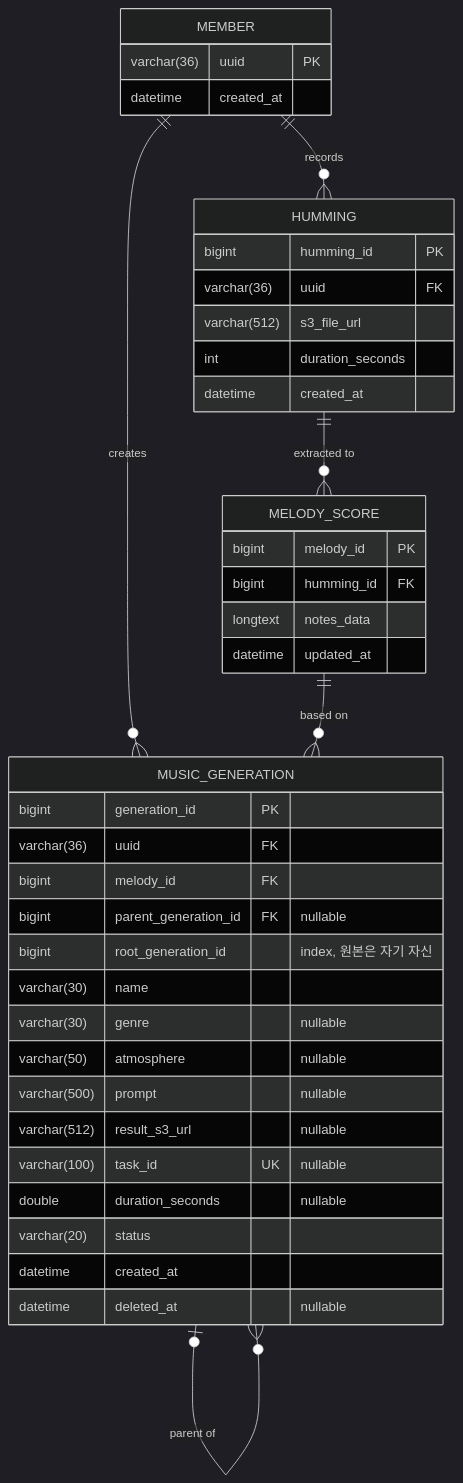
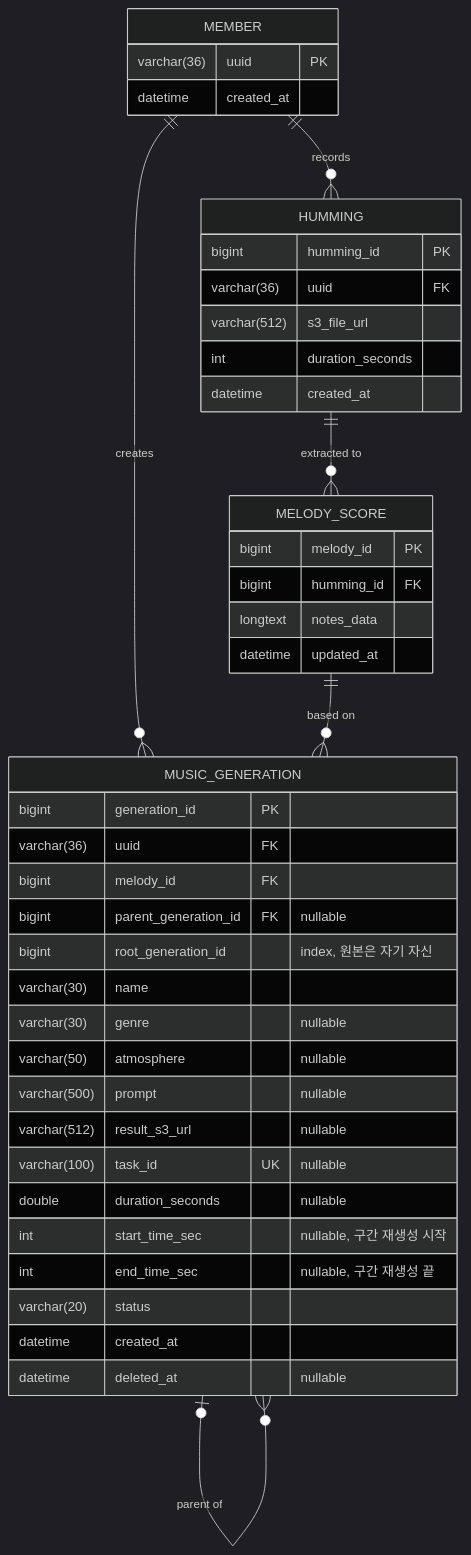
Before and after one commit to Humix-Project/humix-backend: the diagram in infra/db/ERD.md, drawn with Mermaid (dark theme). The commit also changed other lines of this file and 10 other files, not shown here.

````diff
--- a/infra/db/ERD.md
+++ b/infra/db/ERD.md
@@ -6,46 +6,48 @@
 ```mermaid
 erDiagram
     MEMBER ||--o{ HUMMING : "records"
     MEMBER ||--o{ MUSIC_GENERATION : "creates"
     HUMMING ||--o{ MELODY_SCORE : "extracted to"
     MELODY_SCORE ||--o{ MUSIC_GENERATION : "based on"
     MUSIC_GENERATION |o--o{ MUSIC_GENERATION : "parent of"
 
     MEMBER {
         varchar(36) uuid PK
         datetime created_at
     }
 
     HUMMING {
         bigint humming_id PK
         varchar(36) uuid FK
         varchar(512) s3_file_url
         int duration_seconds
         datetime created_at
     }
 
     MELODY_SCORE {
         bigint melody_id PK
         bigint humming_id FK
         longtext notes_data
         datetime updated_at
     }
 
     MUSIC_GENERATION {
         bigint generation_id PK
         varchar(36) uuid FK
         bigint melody_id FK
         bigint parent_generation_id FK "nullable"
         bigint root_generation_id "index, 원본은 자기 자신"
         varchar(30) name
         varchar(30) genre "nullable"
         varchar(50) atmosphere "nullable"
         varchar(500) prompt "nullable"
         varchar(512) result_s3_url "nullable"
         varchar(100) task_id UK "nullable"
         double duration_seconds "nullable"
+        int start_time_sec "nullable, 구간 재생성 시작"
+        int end_time_sec "nullable, 구간 재생성 끝"
         varchar(20) status
         datetime created_at
         datetime deleted_at "nullable"
     }
 ```
````
